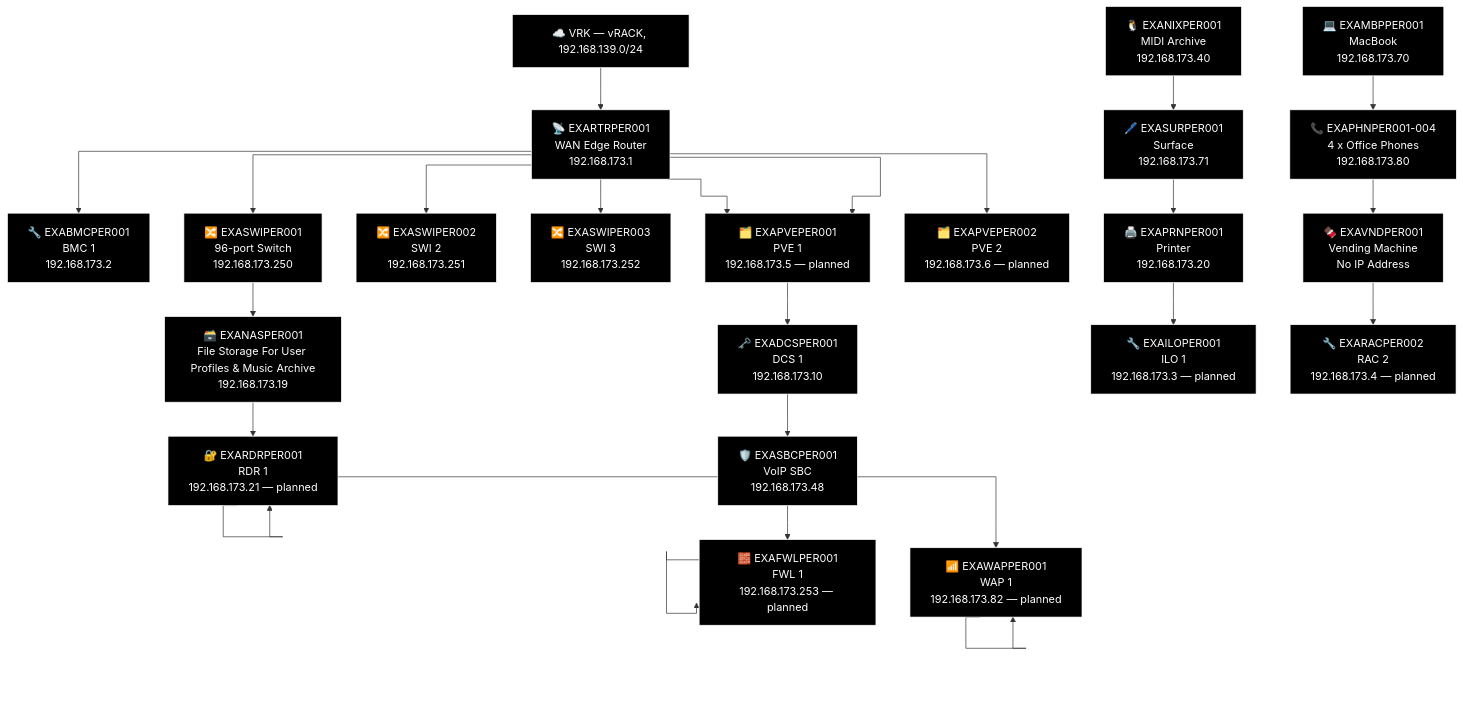
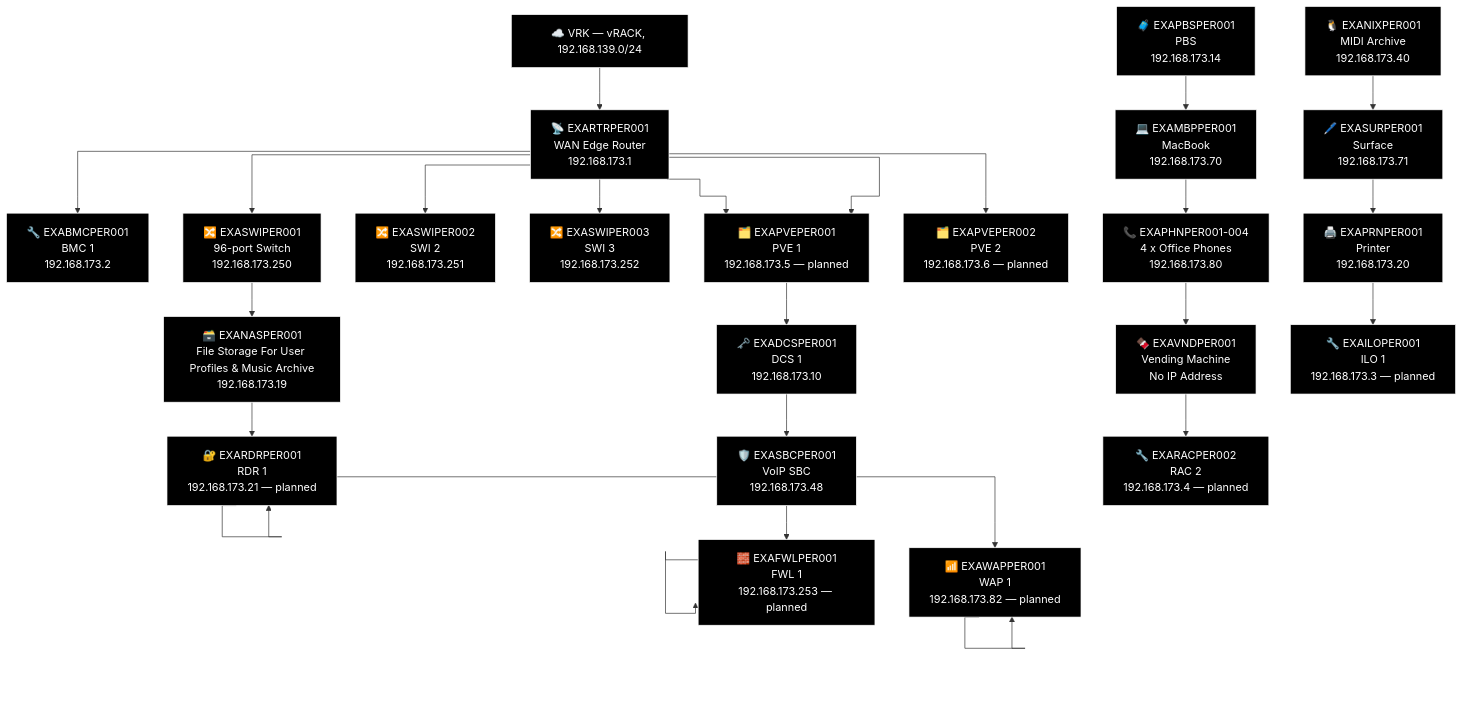
One commit to knightmare2600/example_music_infra changed diagram 18 of 21 in docs/network-diagram/scotland.md. Above: the diagram before and after it, drawn with Mermaid. The commit also changed other lines of this file and 14 other files, not shown here.

First line of the commit message:
docs/network-diagram: regenerate, every site was missing its PBS node

````diff
--- a/docs/network-diagram/scotland.md
+++ b/docs/network-diagram/scotland.md
@@ -1088,70 +1098,72 @@
 ```mermaid
 %% GENERATED:TOPOLOGY:PER:START
 %%{init: {'flowchart': {'curve': 'stepAfter'}}}%%
 graph TD
     T_VRK["☁️ VRK — vRACK, 192.168.139.0/24"]
     T_RTR["📡 EXARTRPER001<br/>WAN Edge Router<br/>192.168.173.1"]
     T_VRK --> T_RTR
     T_BMC["🔧 EXABMCPER001<br/>BMC 1<br/>192.168.173.2"]
     T_RTR --> T_BMC
     T_PVE["🗂️ EXAPVEPER001<br/>PVE 1<br/>192.168.173.5"]
     T_RTR --> T_PVE
     T_SWI["🔀 EXASWIPER002<br/>SWI 2<br/>192.168.173.251"]
     T_RTR --> T_SWI
     T_SWI2["🔀 EXASWIPER003<br/>SWI 3<br/>192.168.173.252"]
     T_RTR --> T_SWI2
     T_SWI3["🔀 EXASWIPER001<br/>96-port Switch<br/>192.168.173.250"]
     T_RTR --> T_SWI3
     T_PVE["🗂️ EXAPVEPER001<br/>PVE 1<br/>192.168.173.5 — planned"]
     T_RTR --> T_PVE
     T_PVE2["🗂️ EXAPVEPER002<br/>PVE 2<br/>192.168.173.6 — planned"]
     T_RTR --> T_PVE2
     T_NAS["🗃️ EXANASPER001<br/>File Storage For User Profiles & Music Archive<br/>192.168.173.19"]
     T_RDR["🔐 EXARDRPER001<br/>RDR<br/>192.168.173.21"]
     T_RDR["🔐 EXARDRPER001<br/>RDR 1<br/>192.168.173.21 — planned"]
     T_WAP["📶 EXAWAPPER001<br/>WAP 1<br/>192.168.173.82"]
     T_WAP["📶 EXAWAPPER001<br/>WAP 1<br/>192.168.173.82 — planned"]
     T_SWI3 --> T_NAS --> T_RDR --> T_RDR --> T_WAP --> T_WAP
     T_DCS["🗝️ EXADCSPER001<br/>DCS 1<br/>192.168.173.10"]
     T_SBC["🛡️ EXASBCPER001<br/>VoIP SBC<br/>192.168.173.48"]
     T_FWL["🧱 EXAFWLPER001<br/>LAN Face<br/>192.168.173.253"]
     T_FWL["🧱 EXAFWLPER001<br/>FWL 1<br/>192.168.173.253 — planned"]
     T_PVE --> T_DCS --> T_SBC --> T_FWL --> T_FWL
+    T_PBS["🧳 EXAPBSPER001<br/>PBS<br/>192.168.173.14"]
     T_NIX["🐧 EXANIXPER001<br/>MIDI Archive<br/>192.168.173.40"]
     T_MBP["💻 EXAMBPPER001<br/>MacBook<br/>192.168.173.70"]
     T_SUR["🖊️ EXASURPER001<br/>Surface<br/>192.168.173.71"]
     T_OTH_PHN["📞 EXAPHNPER001-004<br/>4 x Office Phones<br/>192.168.173.80"]
     T_PRN["🖨️ EXAPRNPER001<br/>Printer<br/>192.168.173.20"]
     T_VND["🍫 EXAVNDPER001<br/>Vending Machine<br/>No IP Address"]
     T_ILO["🔧 EXAILOPER001<br/>ILO 1<br/>192.168.173.3 — planned"]
     T_RAC["🔧 EXARACPER002<br/>RAC 2<br/>192.168.173.4 — planned"]
+    T_PBS --> T_MBP --> T_OTH_PHN --> T_VND --> T_RAC
     T_NIX --> T_SUR --> T_PRN --> T_ILO
-    T_MBP --> T_OTH_PHN --> T_VND --> T_RAC
     style T_VRK fill:#000000,stroke:#FFFFFF,color:#FFFFFF
     style T_RTR fill:#000000,stroke:#FFFFFF,color:#FFFFFF
     style T_BMC fill:#000000,stroke:#FFFFFF,color:#FFFFFF
     style T_PVE fill:#000000,stroke:#FFFFFF,color:#FFFFFF
     style T_SWI fill:#000000,stroke:#FFFFFF,color:#FFFFFF
     style T_SWI2 fill:#000000,stroke:#FFFFFF,color:#FFFFFF
     style T_SWI3 fill:#000000,stroke:#FFFFFF,color:#FFFFFF
     style T_PVE fill:#000000,stroke:#FFFFFF,color:#FFFFFF
     style T_PVE2 fill:#000000,stroke:#FFFFFF,color:#FFFFFF
     style T_NAS fill:#000000,stroke:#FFFFFF,color:#FFFFFF
     style T_RDR fill:#000000,stroke:#FFFFFF,color:#FFFFFF
     style T_RDR fill:#000000,stroke:#FFFFFF,color:#FFFFFF
     style T_WAP fill:#000000,stroke:#FFFFFF,color:#FFFFFF
     style T_WAP fill:#000000,stroke:#FFFFFF,color:#FFFFFF
     style T_DCS fill:#000000,stroke:#FFFFFF,color:#FFFFFF
     style T_SBC fill:#000000,stroke:#FFFFFF,color:#FFFFFF
     style T_FWL fill:#000000,stroke:#FFFFFF,color:#FFFFFF
     style T_FWL fill:#000000,stroke:#FFFFFF,color:#FFFFFF
+    style T_PBS fill:#000000,stroke:#FFFFFF,color:#FFFFFF
     style T_NIX fill:#000000,stroke:#FFFFFF,color:#FFFFFF
     style T_MBP fill:#000000,stroke:#FFFFFF,color:#FFFFFF
     style T_SUR fill:#000000,stroke:#FFFFFF,color:#FFFFFF
     style T_OTH_PHN fill:#000000,stroke:#FFFFFF,color:#FFFFFF
     style T_PRN fill:#000000,stroke:#FFFFFF,color:#FFFFFF
     style T_VND fill:#000000,stroke:#FFFFFF,color:#FFFFFF
     style T_ILO fill:#000000,stroke:#FFFFFF,color:#FFFFFF
     style T_RAC fill:#000000,stroke:#FFFFFF,color:#FFFFFF
 %% GENERATED:TOPOLOGY:PER:END
 ```
````
